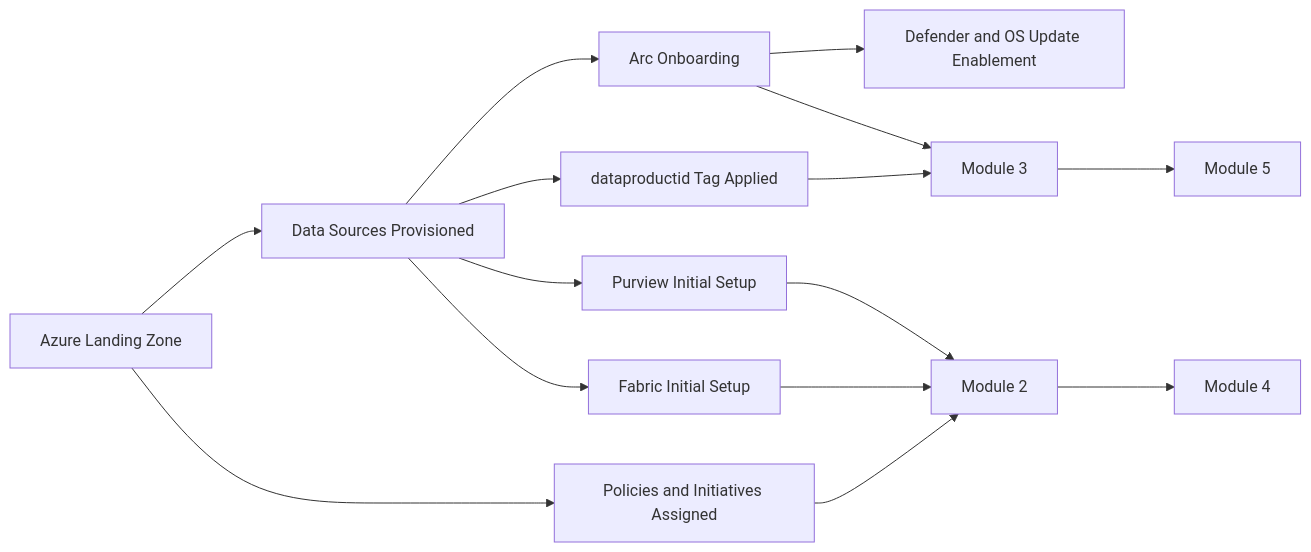
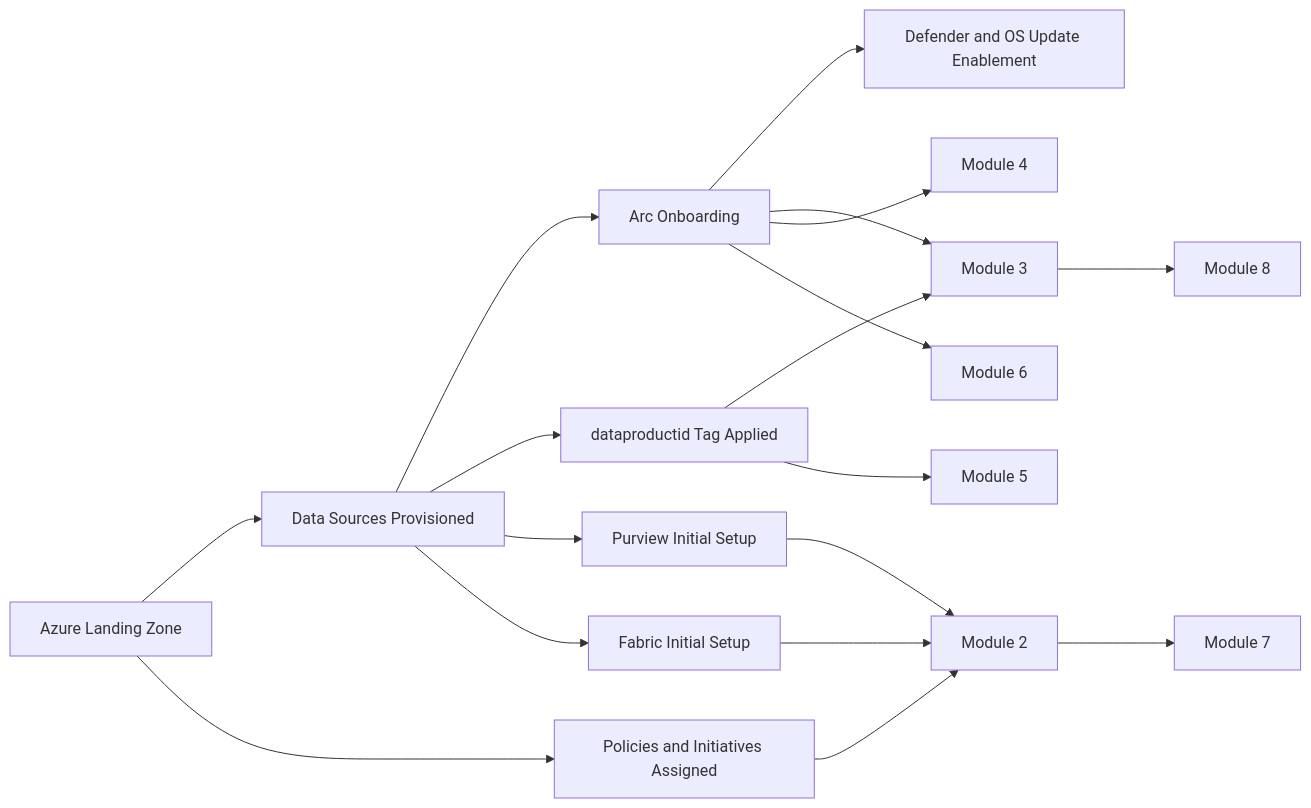
Before and after one commit to moazmirza/data-sov-and-hyb-cloud: the diagram in solution-modules/solution-module-1-foundational/README.md, drawn with Mermaid. The commit also changed other lines of this file and 11 other files, not shown here.

````diff
--- a/solution-modules/solution-module-1-foundational/README.md
+++ b/solution-modules/solution-module-1-foundational/README.md
@@ -11,17 +11,20 @@
 ```mermaid
 flowchart LR
 		LZ[Azure Landing Zone] --> DS[Data Sources Provisioned]
 		DS --> ARC[Arc Onboarding]
 		ARC --> SEC[Defender and OS Update Enablement]
 		DS --> TAG[dataproductid Tag Applied]
 		LZ --> POL[Policies and Initiatives Assigned]
 		DS --> PUR[Purview Initial Setup]
 		DS --> FAB[Fabric Initial Setup]
 		POL --> M2[Module 2]
 		PUR --> M2
 		FAB --> M2
 		TAG --> M3[Module 3]
 		ARC --> M3
-		M2 --> M4[Module 4]
-		M3 --> M5[Module 5]
+		ARC --> M4[Module 4]
+		TAG --> M5[Module 5]
+		ARC --> M6[Module 6]
+		M2 --> M7[Module 7]
+		M3 --> M8[Module 8]
 ```
````
